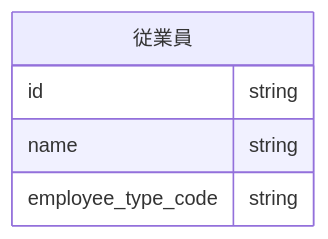
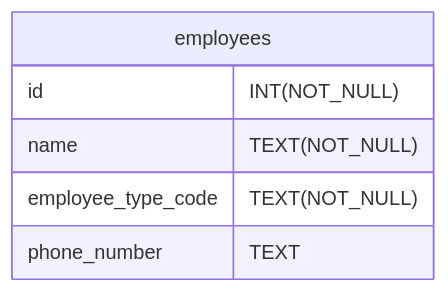
One commit to majimaccho/zenn-contents changed the second of 2 diagrams in articles/2024-0612-graphql-imutable-data-model.md. Above: the diagram before and after it, drawn with Mermaid. The commit also changed other lines of this file, not shown here.

````diff
--- a/articles/2024-0612-graphql-imutable-data-model.md
+++ b/articles/2024-0612-graphql-imutable-data-model.md
@@ -80,8 +94,9 @@
 ```mermaid
 erDiagram
-    Employee["従業員"] {
-        id string
-        name string
-        employee_type_code string
+    employees {
+        id INT(NOT_NULL)
+        name TEXT(NOT_NULL)
+        employee_type_code TEXT(NOT_NULL)
+        phone_number TEXT
     }
 ```
````
